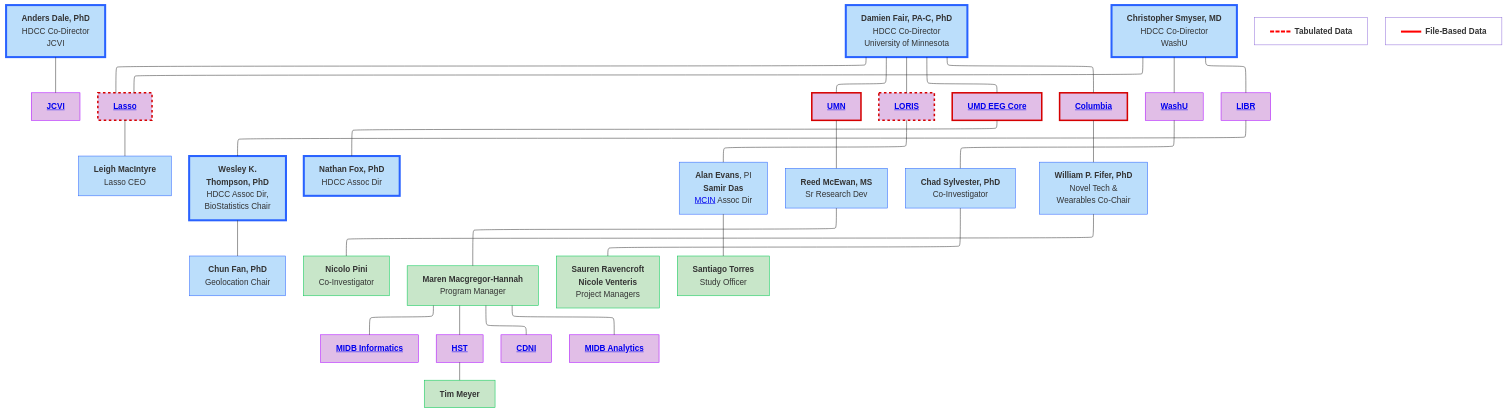
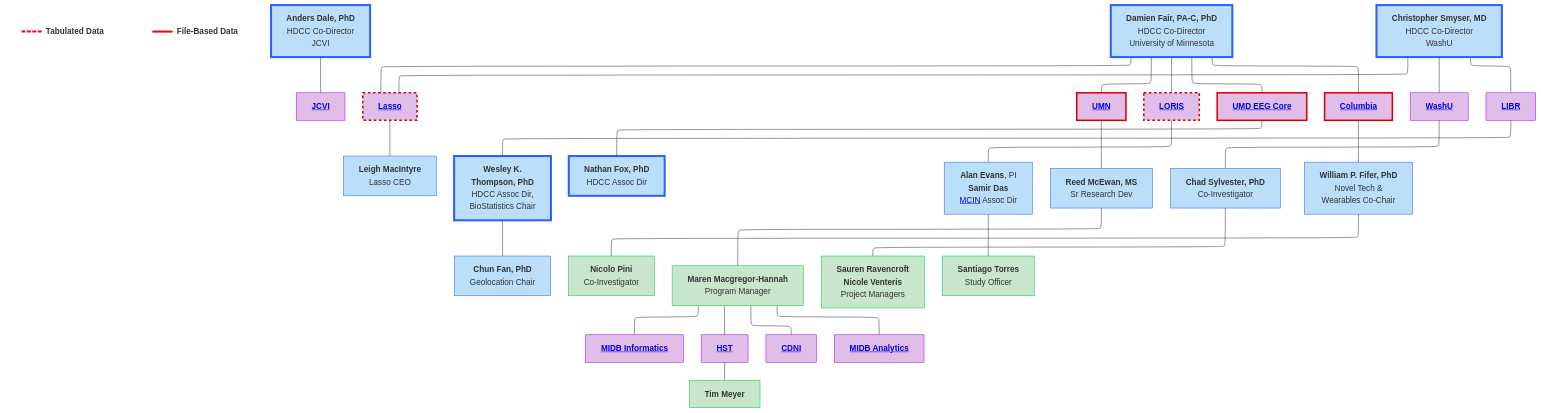
The diagram in docs/temp.md (DCAN-Labs/hbcd-docs-internal), drawn with Mermaid before and after one commit.

````diff
--- a/docs/temp.md
+++ b/docs/temp.md
@@ -1,71 +1,71 @@
 ```mermaid
 ---
 config:
   layout: elk
 ---
 flowchart TB
+    n36["<span style="display: inline-block; border-top: 4px dashed red; width: 40px; vertical-align: middle; margin-right: 8px;"></span><span><b>Tabulated Data</b></span>"]
+    n37["<span style="display: inline-block; border-top: 4px solid red; width: 40px; vertical-align: middle; margin-right: 8px;"></span><span><b>File-Based Data</b></span>"]
     n2["<b>Anders Dale, PhD<br></b>HDCC Co-Director<br>JCVI"] --- jcvi["<a href="#j-craig-venter-institute" target="_top"><b>JCVI</b></a>"]
     E["<b>Damien Fair, PA-C, PhD</b><br>HDCC Co-Director<br>University of Minnesota"] --- lasso["<a href="#lasso" target="_top"><b>Lasso</b></a>"] & umn["<a href="#university-of-minnesota" target="_top"><b>UMN</b></a>"] & n7["<a href="#loris" target="_top"><b>LORIS</b></a>"] & n8["<a href="#university-of-maryland" target="_top"><b>UMD EEG Core</b></a>"] & n11["<a href="#columbia-university" target="_top"><b>Columbia</b></a>"]
     lasso --- lasso1["<b>Leigh MacIntyre</b><br>Lasso CEO"]
     n1["<b>Christopher Smyser, MD<br></b>HDCC Co-Director<br>WashU"] --- n10["<a href="#washu" target="_top"><b>WashU</b></a>"] & n12["<a href="#libr" target="_top"><b>LIBR</b></a>"] & lasso
     n16["<b>Wesley K.<br>Thompson, PhD</b><br>HDCC Assoc Dir,<br>BioStatistics Chair"] --- n17["<b>Chun Fan, PhD</b><br>Geolocation Chair"]
     n12 --- n16
     n8 --- n19["<b>Nathan Fox, PhD<br></b>HDCC Assoc Dir"]
     n7 --- n20["<b>Alan Evans</b>, PI<br><b>Samir Das</b><br><a href="https://mcin.ca/about-mcin/" target="_blank">MCIN</a> Assoc Dir"]
     umn --- reed["<b>Reed McEwan, MS</b><br>Sr Research Dev"]
     n10 --- n22["<b>Chad Sylvester, PhD</b><br>Co-Investigator"]
     n11 --- n18["<b>William P. Fifer, PhD</b><br>Novel Tech &<br>Wearables Co-Chair"]
     n18 --- n34["<b>Nicolo Pini</b><br>Co-Investigator"]
     reed --- n30["<b>Maren Macgregor-Hannah</b><br>Program Manager"]
     n30 --- n25["<a href="#midb-informatics-hub-msi" target="_top"><b>MIDB Informatics</b></a>"]
     n30 --- n27["<a href="#health-sciences-technology" target="_top"><b>HST</b></a>"]
     n30 --- n28["<a href="#center-for-developmental-neuroimaging" target="_top"><b>CDNI</b></a>"]
     n30 --- n29["<a href="#midb-analytics-hub" target="_top"><b>MIDB Analytics</b></a>"]
     n27 --- n31["<b>Tim Meyer</b>"]
     n22 --- n32["<b>Sauren Ravencroft<br>Nicole Venteris</b><br>Project Managers"]
     n20 --- n33["<b>Santiago Torres</b><br>Study Officer"]
-    n36["<span style="display: inline-block; border-top: 4px dashed red; width: 40px; vertical-align: middle; margin-right: 8px;"></span><span><b>Tabulated Data</b></span>"]
-    n37["<span style="display: inline-block; border-top: 4px solid red; width: 40px; vertical-align: middle; margin-right: 8px;"></span><span><b>File-Based Data</b></span>"]
-    style n36 fill:#FFFFFF
-    style n37 fill:#FFFFFF
+    style n36 fill:#FFFFFF,stroke:#FFFFFF
+    style n37 fill:#FFFFFF,stroke:#FFFFFF
     style n2 fill:#BBDEFB,stroke:#2962FF,stroke-width:4px
     style jcvi fill:#E1BEE7,stroke:#AA00FF
     style E fill:#BBDEFB,stroke:#2962FF,stroke-width:4px
     style lasso fill:#E1BEE7,stroke:#D50000,stroke-width:3px,stroke-dasharray: 5
     style umn fill:#E1BEE7,stroke:#D50000,stroke-width:3px,stroke-dasharray: 0
     style n7 fill:#E1BEE7,stroke:#D50000,stroke-width:3px,stroke-dasharray: 5
     style n8 fill:#E1BEE7,stroke:#D50000,stroke-width:3px,stroke-dasharray: 0
     style n11 fill:#E1BEE7,stroke:#D50000,stroke-width:3px,stroke-dasharray: 0
     style lasso1 fill:#BBDEFB,stroke:#2962FF
     style n1 fill:#BBDEFB,stroke:#2962FF,stroke-width:4px
     style n10 fill:#E1BEE7,stroke:#AA00FF
     style n12 fill:#E1BEE7,stroke:#AA00FF
     style n16 fill:#BBDEFB,stroke:#2962FF,stroke-width:4px
     style n17 fill:#BBDEFB,stroke:#2962FF
     style n19 fill:#BBDEFB,stroke:#2962FF,stroke-width:4px
     style n20 fill:#BBDEFB,stroke:#2962FF
     style reed fill:#BBDEFB,stroke:#2962FF
     style n22 fill:#BBDEFB,stroke:#2962FF
     style n18 fill:#BBDEFB,stroke:#2962FF
     style n25 fill:#E1BEE7,stroke:#AA00FF
     style n27 fill:#E1BEE7,stroke:#AA00FF
     style n28 fill:#E1BEE7,stroke:#AA00FF
     style n29 fill:#E1BEE7,stroke:#AA00FF
     style n30 fill:#C8E6C9,stroke:#00C853
     style n31 fill:#C8E6C9,stroke:#00C853
     style n32 fill:#C8E6C9,stroke:#00C853
     style n33 fill:#C8E6C9,stroke:#00C853
     style n34 fill:#C8E6C9,stroke:#00C853
     click jcvi "#j-craig-venter-institute"
     click lasso "#lasso"
     click umn "#university-of-minnesota"
     click n7 "#loris"
     click n8 "#university-of-maryland"
     click n10 "#washu"
     click n25 "#midb-informatics-hub-msi"
     click n29 "#midb-analytics-hub"
     click n27 "#health-sciences-technology"
     click n28 "#center-for-developmental-neuroimaging"
     click n12 "#libr"
     click n11 "#columbia-university"
 ```
````
